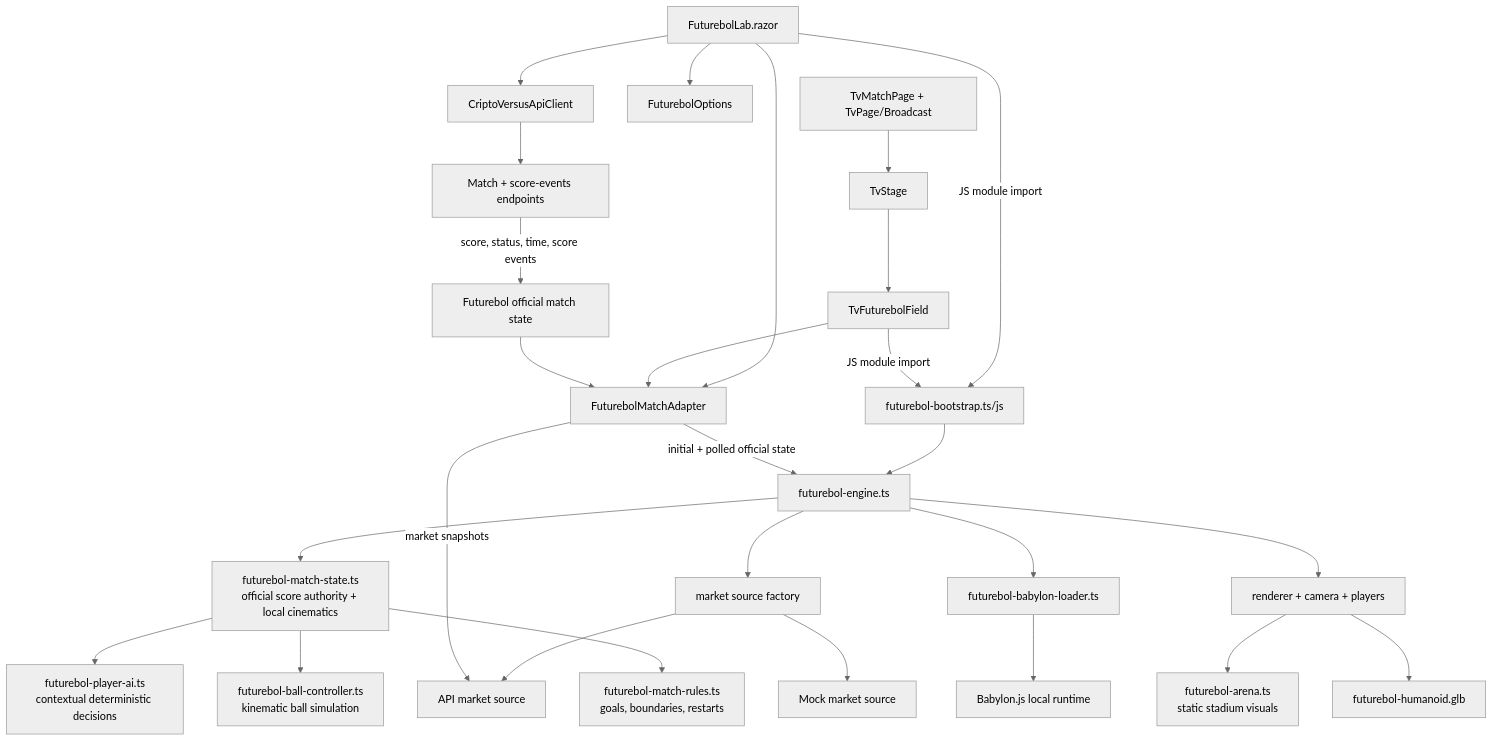
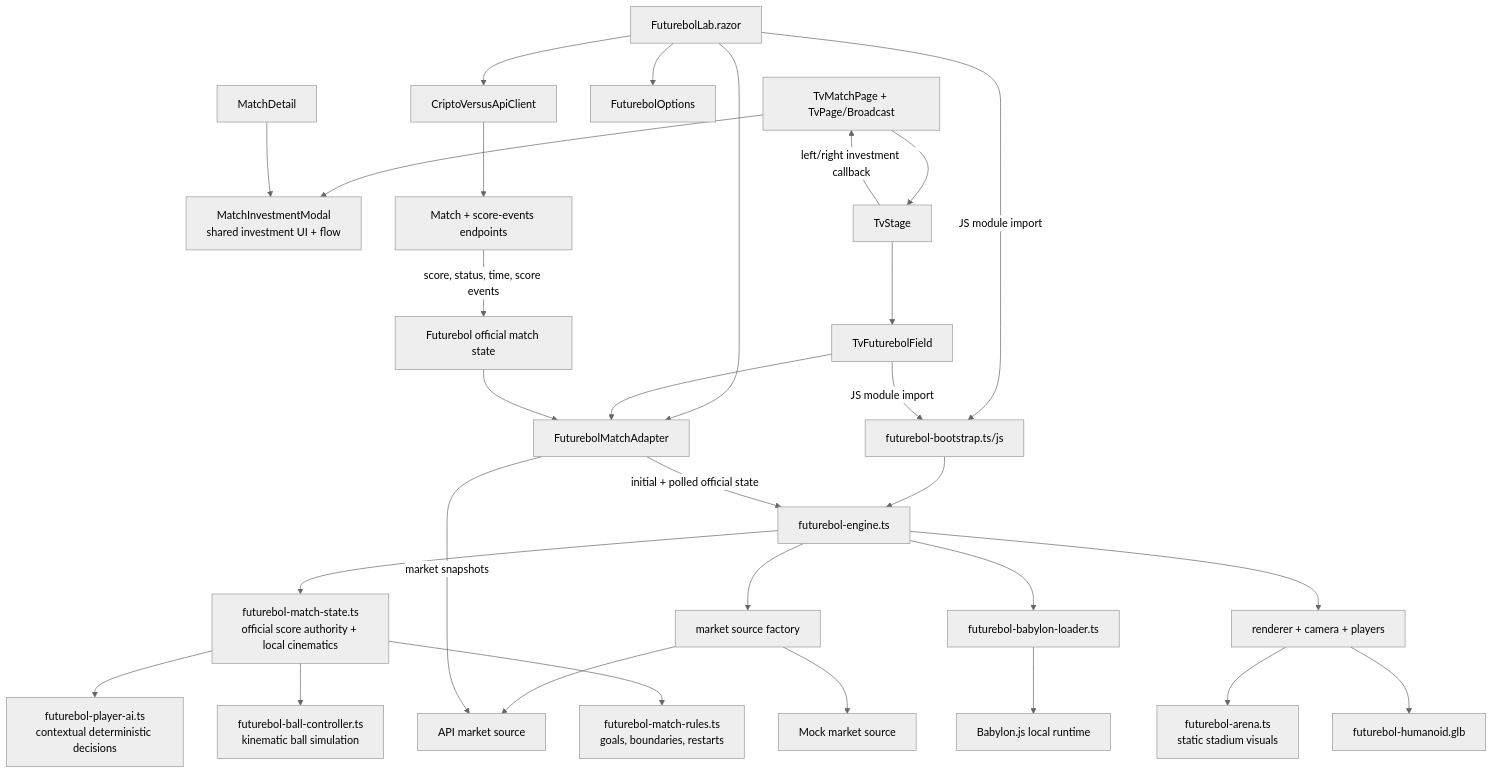
One commit to gigadigito/EthicAI changed the sixth of 8 diagrams in ARCHITECTURE.md. Above: the diagram before and after it, drawn with Mermaid (neutral theme). The commit also changed other lines of this file and 11 other files, not shown here.

First line of the commit message:
Centraliza fluxo de investimento com MatchInvestmentModal

````diff
--- a/ARCHITECTURE.md
+++ b/ARCHITECTURE.md
@@ -397,53 +397,58 @@
 ```mermaid
 flowchart TD
     Lab[FuturebolLab.razor]
     TvPages[TvMatchPage + TvPage/Broadcast]
+    MatchDetail[MatchDetail]
+    InvestmentModal[MatchInvestmentModal<br/>shared investment UI + flow]
     Stage[TvStage]
     TvField[TvFuturebolField]
     Adapter[FuturebolMatchAdapter]
     Options[FuturebolOptions]
     APIClient[CriptoVersusApiClient]
     MatchApi[Match + score-events endpoints]
     Bootstrap[futurebol-bootstrap.ts/js]
     Engine[futurebol-engine.ts]
     State[futurebol-match-state.ts<br/>official score authority + local cinematics]
     AI[futurebol-player-ai.ts<br/>contextual deterministic decisions]
     Ball[futurebol-ball-controller.ts<br/>kinematic ball simulation]
     Rules[futurebol-match-rules.ts<br/>goals, boundaries, restarts]
     Official[Futurebol official match state]
     MarketFactory[market source factory]
     Mock[Mock market source]
     ApiSource[API market source]
     BabylonLoader[futurebol-babylon-loader.ts]
     Babylon[Babylon.js local runtime]
     Renderer[renderer + camera + players]
     Arena[futurebol-arena.ts<br/>static stadium visuals]
     GLB[futurebol-humanoid.glb]
 
     Lab --> Options
     Lab --> APIClient
     TvPages --> Stage
+    Stage -->|left/right investment callback| TvPages
+    TvPages --> InvestmentModal
+    MatchDetail --> InvestmentModal
     Stage --> TvField
     Lab --> Adapter
     TvField --> Adapter
     APIClient --> MatchApi
     MatchApi -->|score, status, time, score events| Official
     Official --> Adapter
     Lab -->|JS module import| Bootstrap
     TvField -->|JS module import| Bootstrap
     Bootstrap --> Engine
     Engine --> State
     State --> AI
     State --> Ball
     State --> Rules
     Engine --> MarketFactory
     MarketFactory --> Mock
     MarketFactory --> ApiSource
     Adapter -->|market snapshots| ApiSource
     Adapter -->|initial + polled official state| Engine
     Engine --> BabylonLoader
     BabylonLoader --> Babylon
     Engine --> Renderer
     Renderer --> Arena
     Renderer --> GLB
 ```
````
